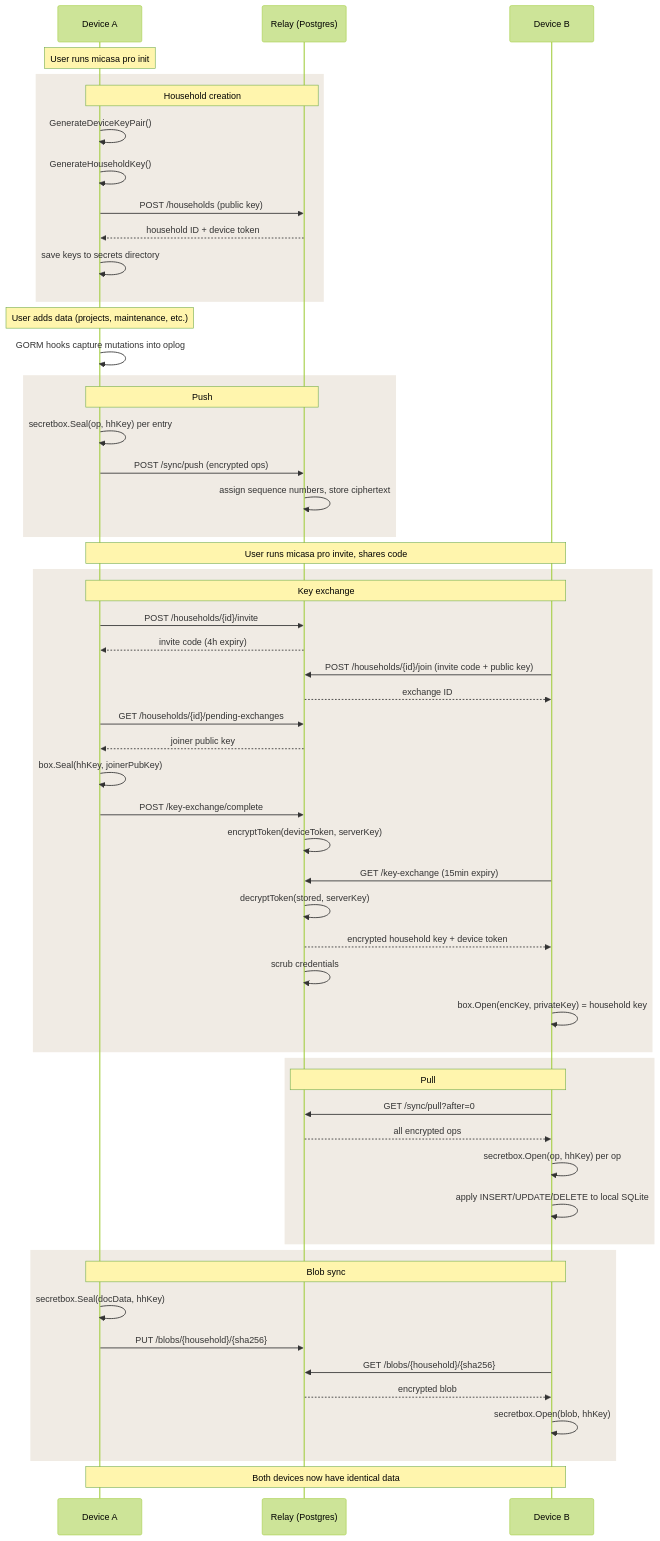
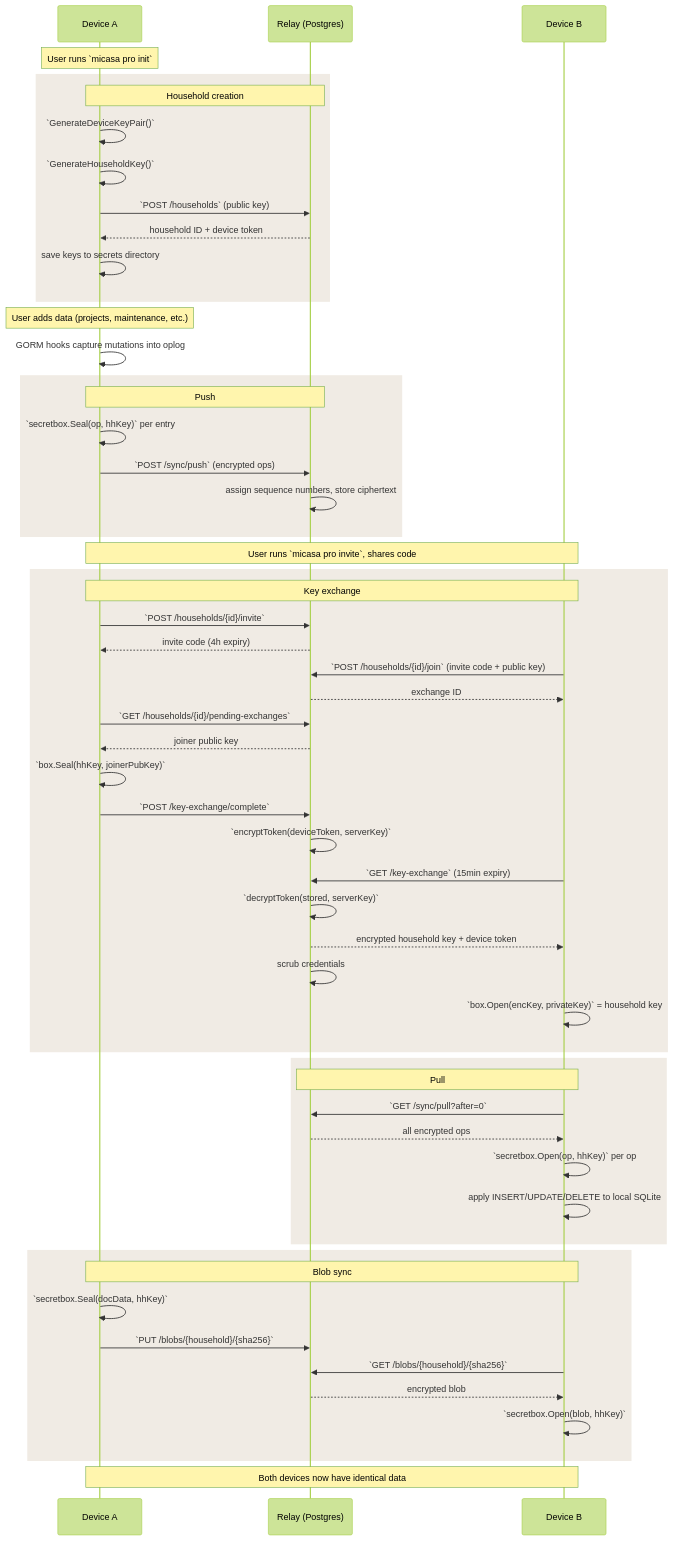
Before and after one commit to micasa-dev/micasa: the third of 3 diagrams in docs/content/docs/development/relay-architecture.md, drawn with Mermaid (forest theme). The commit also changed other lines of this file and 1 other file, not shown here.

Commit message:
docs(website): add monospace code formatting in Mermaid diagrams
Post-render JS scans SVG text nodes for backtick-delimited segments
and replaces them with monospace-styled <tspan> elements. Wrap code
(function calls, API endpoints, CLI commands) in backticks in the
Mermaid source; prose stays in the diagram's default serif font.

Applied the convention to all three sequence diagrams in the relay
architecture docs.

````diff
--- a/docs/content/docs/development/relay-architecture.md
+++ b/docs/content/docs/development/relay-architecture.md
@@ -159,66 +159,66 @@
 ```mermaid
 sequenceDiagram
     participant A as Device A
     participant R as Relay (Postgres)
     participant B as Device B
 
-    Note over A: User runs micasa pro init
+    Note over A: User runs `micasa pro init`
 
     rect rgb(240, 235, 228)
     Note over A,R: Household creation
-    A->>A: GenerateDeviceKeyPair()
-    A->>A: GenerateHouseholdKey()
-    A->>R: POST /households (public key)
+    A->>A: `GenerateDeviceKeyPair()`
+    A->>A: `GenerateHouseholdKey()`
+    A->>R: `POST /households` (public key)
     R-->>A: household ID + device token
     A->>A: save keys to secrets directory
     end
 
     Note over A: User adds data (projects, maintenance, etc.)
     A->>A: GORM hooks capture mutations into oplog
 
     rect rgb(240, 235, 228)
     Note over A,R: Push
-    A->>A: secretbox.Seal(op, hhKey) per entry
-    A->>R: POST /sync/push (encrypted ops)
+    A->>A: `secretbox.Seal(op, hhKey)` per entry
+    A->>R: `POST /sync/push` (encrypted ops)
     R->>R: assign sequence numbers, store ciphertext
     end
 
-    Note over A,B: User runs micasa pro invite, shares code
+    Note over A,B: User runs `micasa pro invite`, shares code
 
     rect rgb(240, 235, 228)
     Note over A,B: Key exchange
-    A->>R: POST /households/{id}/invite
+    A->>R: `POST /households/{id}/invite`
     R-->>A: invite code (4h expiry)
-    B->>R: POST /households/{id}/join (invite code + public key)
+    B->>R: `POST /households/{id}/join` (invite code + public key)
     R-->>B: exchange ID
-    A->>R: GET /households/{id}/pending-exchanges
+    A->>R: `GET /households/{id}/pending-exchanges`
     R-->>A: joiner public key
-    A->>A: box.Seal(hhKey, joinerPubKey)
-    A->>R: POST /key-exchange/complete
-    R->>R: encryptToken(deviceToken, serverKey)
-    B->>R: GET /key-exchange (15min expiry)
-    R->>R: decryptToken(stored, serverKey)
+    A->>A: `box.Seal(hhKey, joinerPubKey)`
+    A->>R: `POST /key-exchange/complete`
+    R->>R: `encryptToken(deviceToken, serverKey)`
+    B->>R: `GET /key-exchange` (15min expiry)
+    R->>R: `decryptToken(stored, serverKey)`
     R-->>B: encrypted household key + device token
     R->>R: scrub credentials
-    B->>B: box.Open(encKey, privateKey) = household key
+    B->>B: `box.Open(encKey, privateKey)` = household key
     end
 
     rect rgb(240, 235, 228)
     Note over B,R: Pull
-    B->>R: GET /sync/pull?after=0
+    B->>R: `GET /sync/pull?after=0`
     R-->>B: all encrypted ops
-    B->>B: secretbox.Open(op, hhKey) per op
+    B->>B: `secretbox.Open(op, hhKey)` per op
     B->>B: apply INSERT/UPDATE/DELETE to local SQLite
     end
 
     rect rgb(240, 235, 228)
     Note over A,B: Blob sync
-    A->>A: secretbox.Seal(docData, hhKey)
-    A->>R: PUT /blobs/{household}/{sha256}
-    B->>R: GET /blobs/{household}/{sha256}
+    A->>A: `secretbox.Seal(docData, hhKey)`
+    A->>R: `PUT /blobs/{household}/{sha256}`
+    B->>R: `GET /blobs/{household}/{sha256}`
     R-->>B: encrypted blob
-    B->>B: secretbox.Open(blob, hhKey)
+    B->>B: `secretbox.Open(blob, hhKey)`
     end
 
     Note over A,B: Both devices now have identical data
 ```
````
